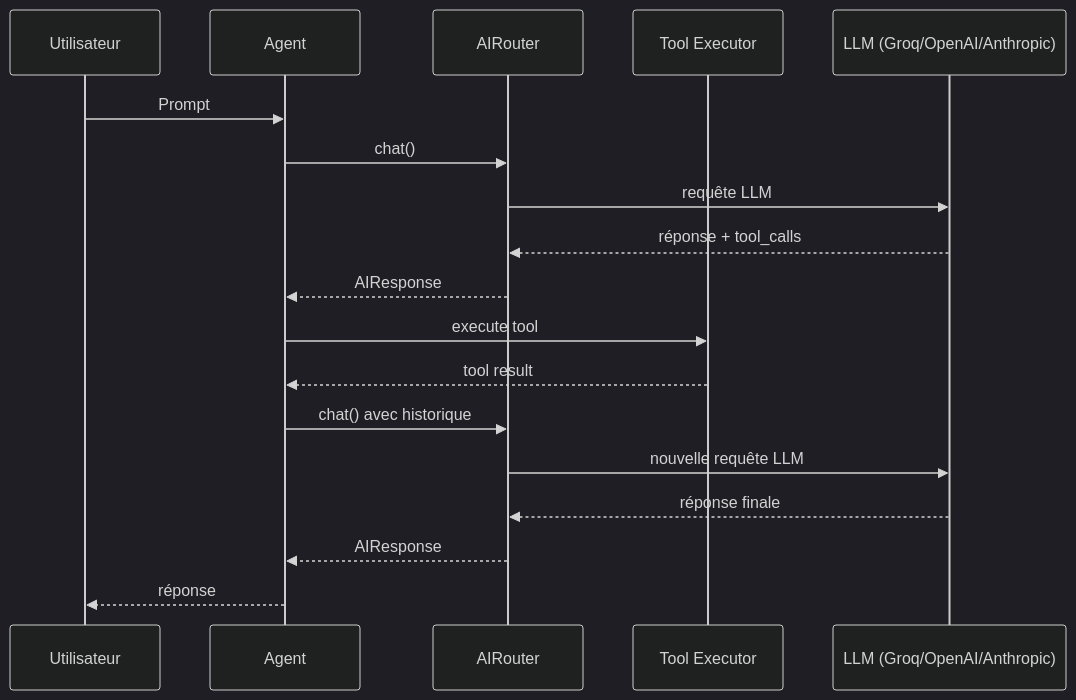
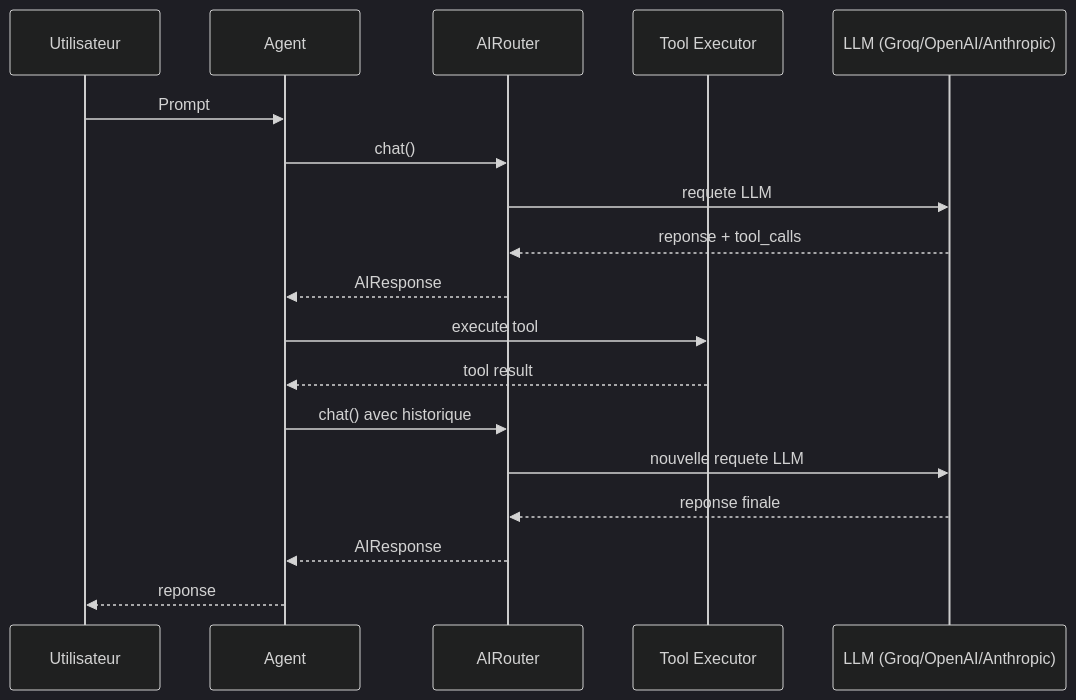
One commit to missock237-spec/Gen3ia changed the second of 3 diagrams in ARCHITECTURE.md. Above: the diagram before and after it, drawn with Mermaid (dark theme). The commit also changed other lines of this file, not shown here.

Commit message:
fix: rename Genova AI to Gen3ia in ARCHITECTURE.md title

````diff
--- a/ARCHITECTURE.md
+++ b/ARCHITECTURE.md
@@ -24,21 +24,21 @@
 ```mermaid
 sequenceDiagram
     participant U as Utilisateur
     participant A as Agent
     participant R as AIRouter
     participant T as Tool Executor
     participant L as LLM (Groq/OpenAI/Anthropic)
 
     U->>A: Prompt
     A->>R: chat()
-    R->>L: requête LLM
-    L-->>R: réponse + tool_calls
+    R->>L: requete LLM
+    L-->>R: reponse + tool_calls
     R-->>A: AIResponse
     A->>T: execute tool
     T-->>A: tool result
     A->>R: chat() avec historique
-    R->>L: nouvelle requête LLM
-    L-->>R: réponse finale
+    R->>L: nouvelle requete LLM
+    L-->>R: reponse finale
     R-->>A: AIResponse
-    A-->>U: réponse
+    A-->>U: reponse
 ```
````
